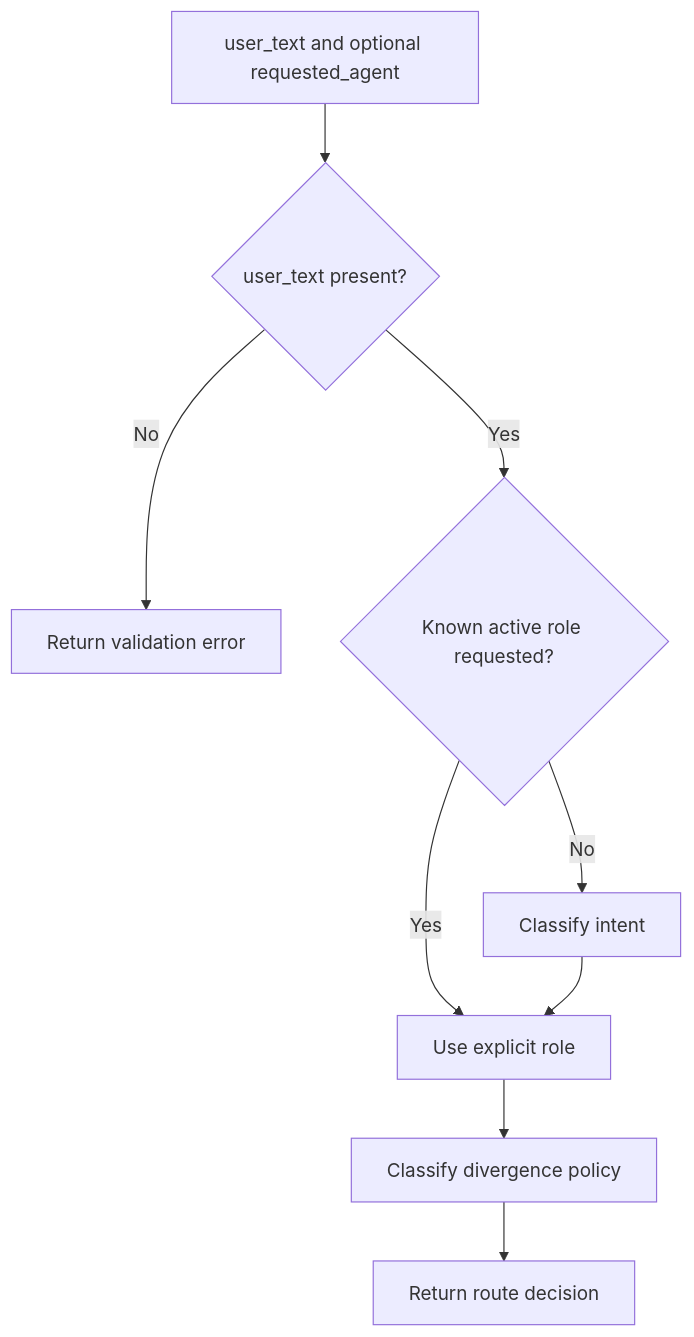
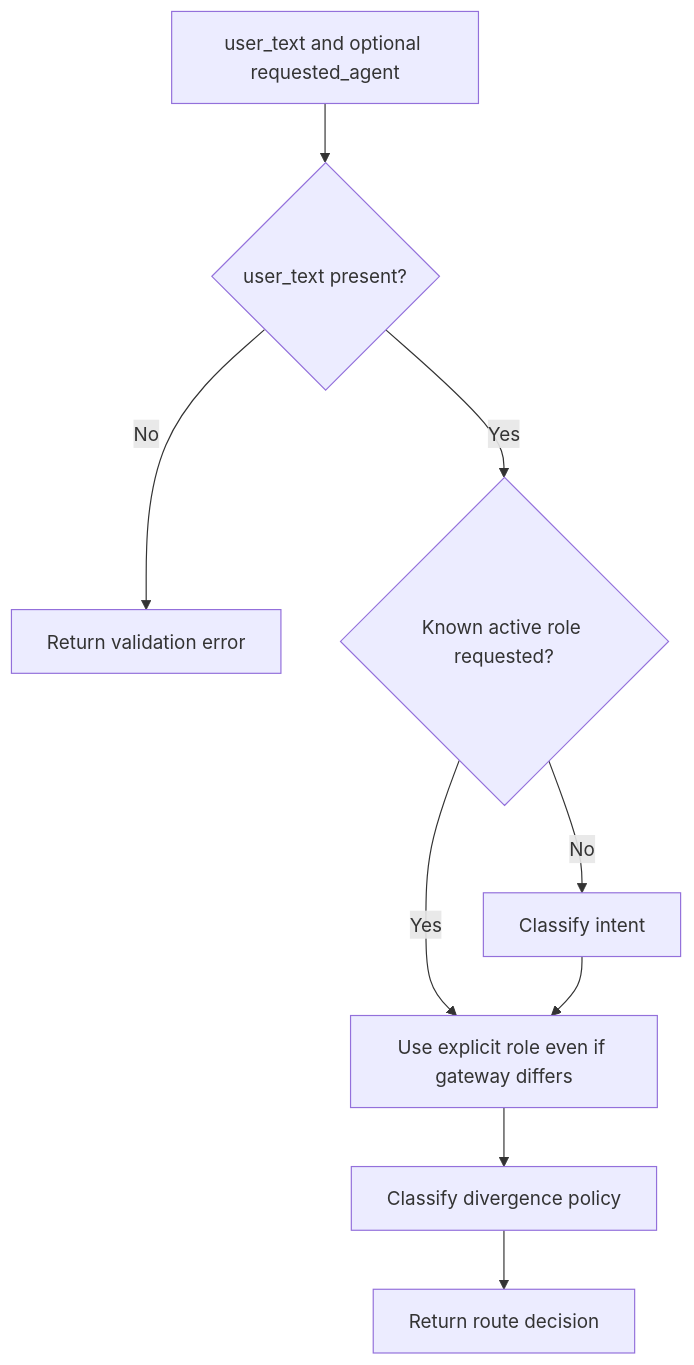
The fifth of 17 diagrams in docs/system-workflows.md (nattawatpuntachot52/ovca-core), drawn with Mermaid before and after one commit. The commit also changed other lines of this file and 6 other files, not shown here.

````diff
--- a/docs/system-workflows.md
+++ b/docs/system-workflows.md
@@ -245,11 +252,11 @@
 ```mermaid
 flowchart TD
     Input["user_text and optional requested_agent"] --> Validate{"user_text present?"}
     Validate -->|"No"| Error["Return validation error"]
     Validate -->|"Yes"| Explicit{"Known active role requested?"}
-    Explicit -->|"Yes"| Route["Use explicit role"]
+    Explicit -->|"Yes"| Route["Use explicit role even if gateway differs"]
     Explicit -->|"No"| Classify["Classify intent"]
     Classify --> Route
     Route --> Divergence["Classify divergence policy"]
     Divergence --> Decision["Return route decision"]
 ```
````
